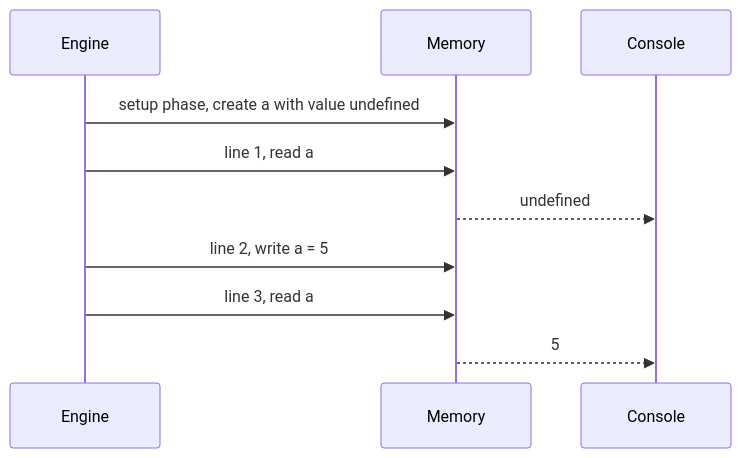
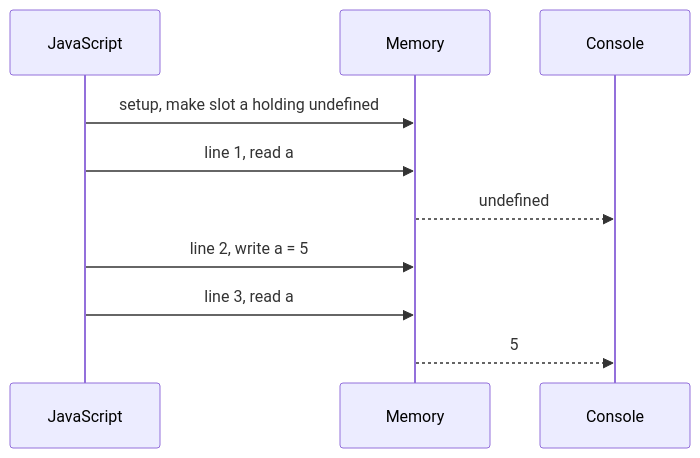
The third of 6 diagrams in learn/javascript/01-variables-scope-and-hoisting.md (starjustice/research-material), drawn with Mermaid before and after one commit. The commit also changed other lines of this file and 10 other files, not shown here.

First line of the commit message:
Rewrite JavaScript lessons 01, 05, 09 and 11 in simpler words

````diff
--- a/learn/javascript/01-variables-scope-and-hoisting.md
+++ b/learn/javascript/01-variables-scope-and-hoisting.md
@@ -55,12 +57,12 @@
 ```mermaid
 sequenceDiagram
-    participant E as Engine
+    participant E as JavaScript
     participant M as Memory
     participant C as Console
-    E->>M: setup phase, create a with value undefined
+    E->>M: setup, make slot a holding undefined
     E->>M: line 1, read a
     M-->>C: undefined
     E->>M: line 2, write a = 5
     E->>M: line 3, read a
     M-->>C: 5
 ```
````
